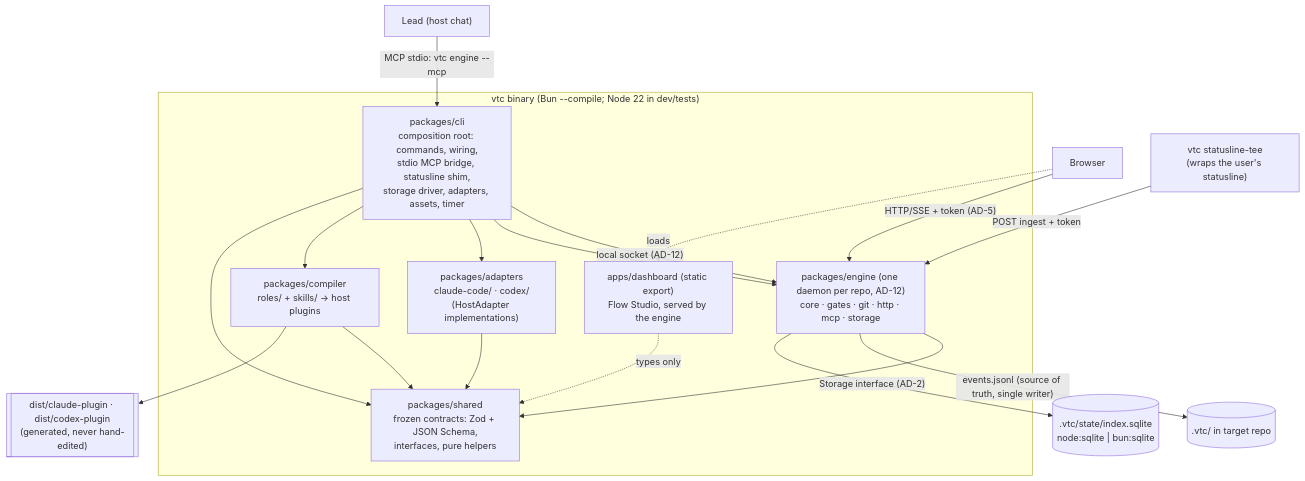
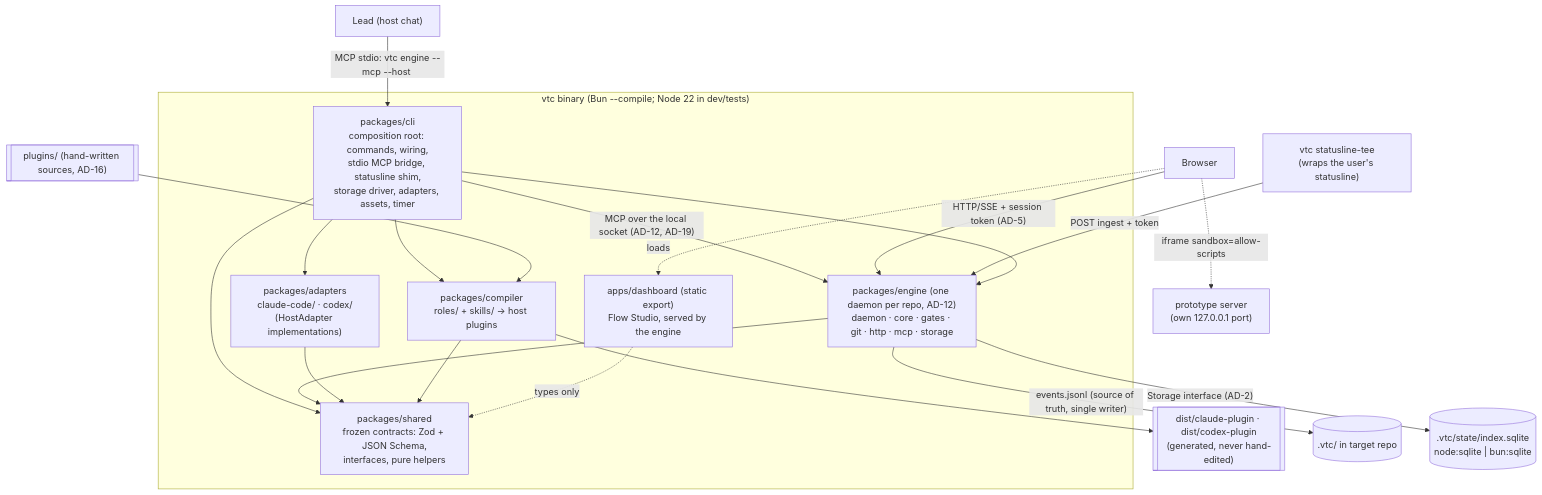
The second of 2 diagrams in docs/architecture/vtc-spine.md (bason-labs/bs-vtc), drawn with Mermaid before and after one commit. The commit also changed other lines of this file and 102 other files, not shown here.

````diff
--- a/docs/architecture/vtc-spine.md
+++ b/docs/architecture/vtc-spine.md
@@ -50,25 +54,27 @@
 ```mermaid
 flowchart TB
   subgraph bin ["vtc binary (Bun --compile; Node 22 in dev/tests)"]
     cli["packages/cli<br/>composition root: commands, wiring,<br/>stdio MCP bridge, statusline shim,<br/>storage driver, adapters, assets, timer"]
-    engine["packages/engine (one daemon per repo, AD-12)<br/>core · gates · git · http · mcp · storage"]
+    engine["packages/engine (one daemon per repo, AD-12)<br/>daemon · core · gates · git · http · mcp · storage"]
     adapters["packages/adapters<br/>claude-code/ · codex/<br/>(HostAdapter implementations)"]
     compiler["packages/compiler<br/>roles/ + skills/ → host plugins"]
     shared["packages/shared<br/>frozen contracts: Zod + JSON Schema,<br/>interfaces, pure helpers"]
     dash["apps/dashboard (static export)<br/>Flow Studio, served by the engine"]
   end
   plugins[["dist/claude-plugin · dist/codex-plugin<br/>(generated, never hand-edited)"]]
-  lead["Lead (host chat)"] -- "MCP stdio: vtc engine --mcp" --> cli
-  cli -- "local socket (AD-12)" --> engine
-  browser["Browser"] -- "HTTP/SSE + token (AD-5)" --> engine
+  lead["Lead (host chat)"] -- "MCP stdio: vtc engine --mcp --host <host>" --> cli
+  cli -- "MCP over the local socket (AD-12, AD-19)" --> engine
+  browser["Browser"] -- "HTTP/SSE + session token (AD-5)" --> engine
+  browser -. "iframe sandbox=allow-scripts" .-> proto["prototype server<br/>(own 127.0.0.1 port)"]
   browser -. loads .-> dash
   shim["vtc statusline-tee<br/>(wraps the user's statusline)"] -- "POST ingest + token" --> engine
   cli --> engine & adapters & compiler & shared
   engine --> shared
   adapters --> shared
   compiler --> shared
   dash -. "types only" .-> shared
+  psrc[["plugins/ (hand-written sources, AD-16)"]] --> compiler
   compiler --> plugins
   engine -- "events.jsonl (source of truth, single writer)" --> files[(".vtc/ in target repo")]
   engine -- "Storage interface (AD-2)" --> sqlite[(".vtc/state/index.sqlite<br/>node:sqlite | bun:sqlite")]
 ```
````
